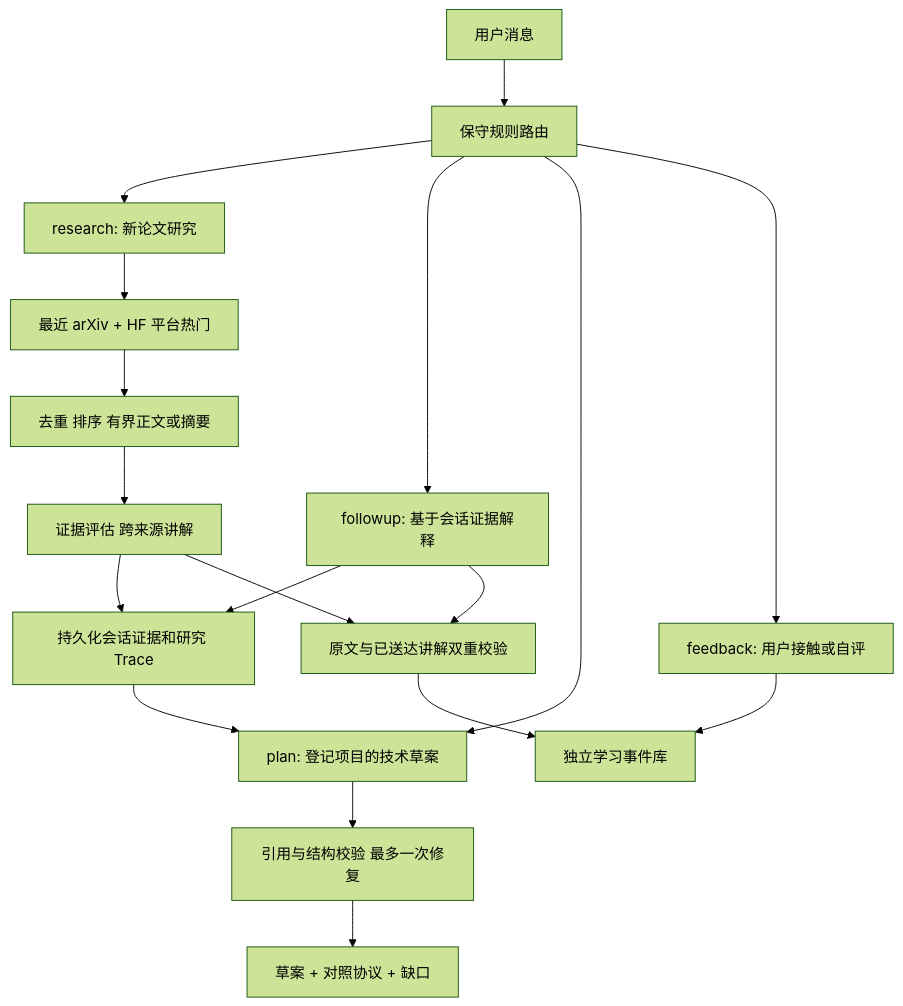
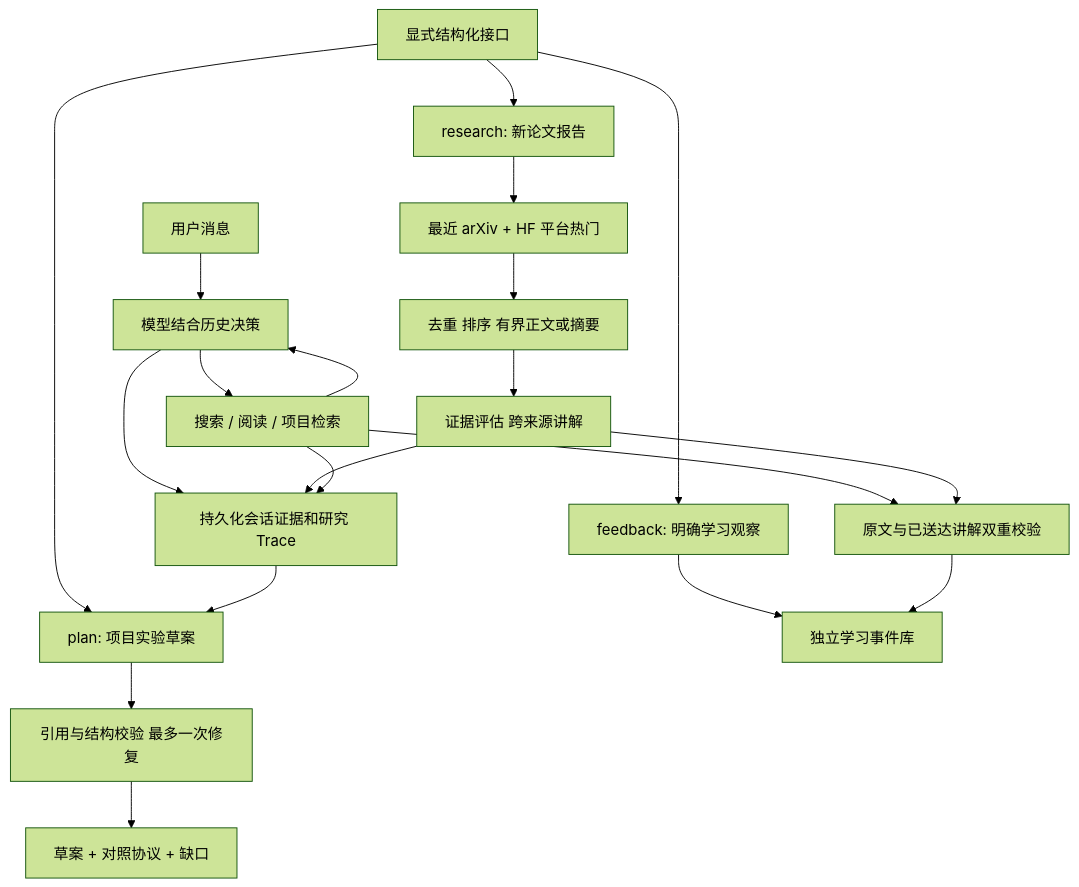
Before and after one commit to Marina-016/lodestar: the diagram in docs/agent-architecture.md, drawn with Mermaid (forest theme). The commit also changed other lines of this file and 24 other files, not shown here.

````diff
--- a/docs/agent-architecture.md
+++ b/docs/agent-architecture.md
@@ -9,20 +9,22 @@
 ```mermaid
 flowchart TD
-  Q[用户消息] --> R[保守规则路由]
-  R --> D[research: 新论文研究]
-  R --> F[followup: 基于会话证据解释]
-  R --> P[plan: 登记项目的技术草案]
-  R --> M[feedback: 用户接触或自评]
+  Q[用户消息] --> R[模型结合历史决策]
+  R --> F[搜索 / 阅读 / 项目检索]
+  F --> R
+  R --> H[自然回答与证据持久化]
+  API[显式结构化接口] --> D[research: 新论文报告]
+  API --> P[plan: 项目实验草案]
+  API --> M[feedback: 明确学习观察]
   D --> S[最近 arXiv + HF 平台热门]
   S --> E[去重 排序 有界正文或摘要]
   E --> A[证据评估 跨来源讲解]
   A --> H[持久化会话证据和研究 Trace]
   F --> H
   F --> X
   H --> P
   M --> L[独立学习事件库]
   A --> X[原文与已送达讲解双重校验]
   X --> L
   P --> V[引用与结构校验 最多一次修复]
   V --> T[草案 + 对照协议 + 缺口]
 ```
````
